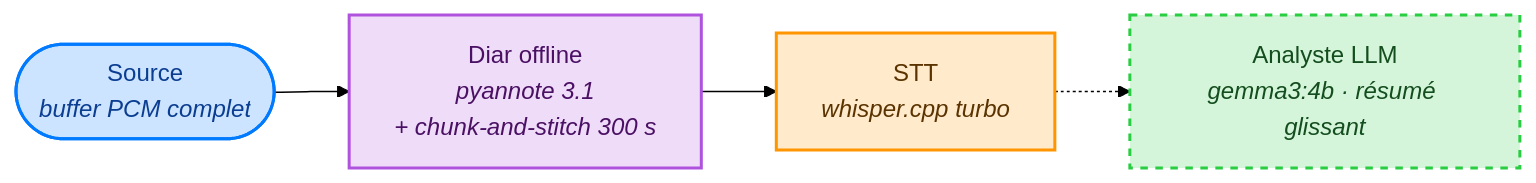
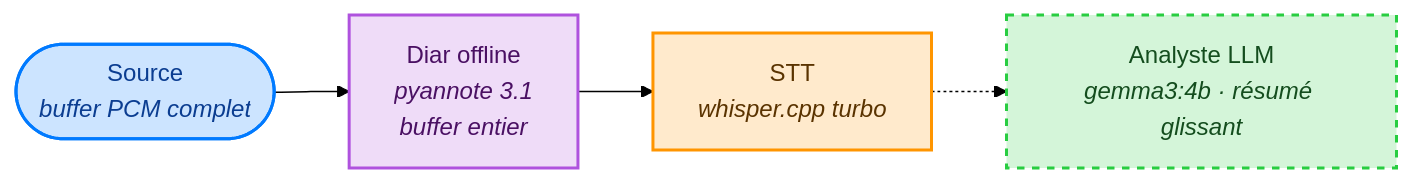
One commit to warith-harchaoui/vocal-helper changed the second of 2 diagrams in LISEZMOI.md. Above: the diagram before and after it, drawn with Mermaid (forest theme). The commit also changed 14 other files, not shown here.

First line of the commit message:
feat!: HF-free offline stack via self-hosted bundle + whole-buffer default (0.4.0)

````diff
--- a/LISEZMOI.md
+++ b/LISEZMOI.md
@@ -45,12 +45,12 @@
 ```mermaid
 flowchart LR
     S([Source<br/><i>buffer PCM complet</i>]):::source
-      --> D[Diar offline<br/><i>pyannote 3.1<br/>+ chunk-and-stitch 300 s</i>]:::diar
+      --> D[Diar offline<br/><i>pyannote 3.1<br/>buffer entier</i>]:::diar
       --> A[STT<br/><i>whisper.cpp turbo</i>]:::asr
       -.-> L[Analyste LLM<br/><i>gemma3:4b · résumé glissant</i>]:::llm
 
     classDef source fill:#CCE4FF,stroke:#007AFF,stroke-width:2px,color:#0b3d91
     classDef diar   fill:#EFDCF8,stroke:#AF52DE,stroke-width:2px,color:#4a1063
     classDef asr    fill:#FFEACC,stroke:#FF9500,stroke-width:2px,color:#5a3300
     classDef llm    fill:#D4F5D9,stroke:#28CD41,stroke-width:2px,color:#144d1e,stroke-dasharray: 5 5
 ```
````
